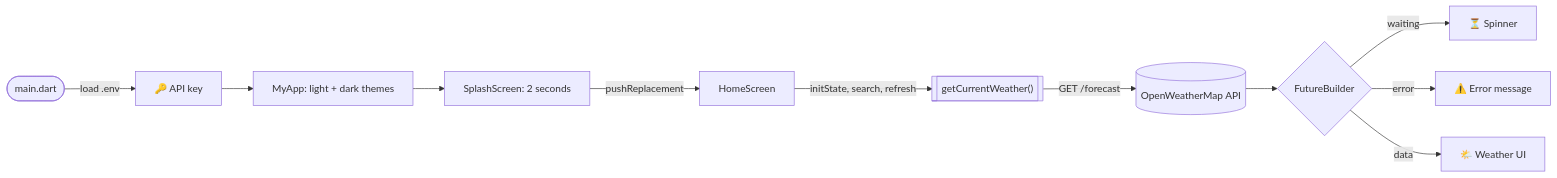
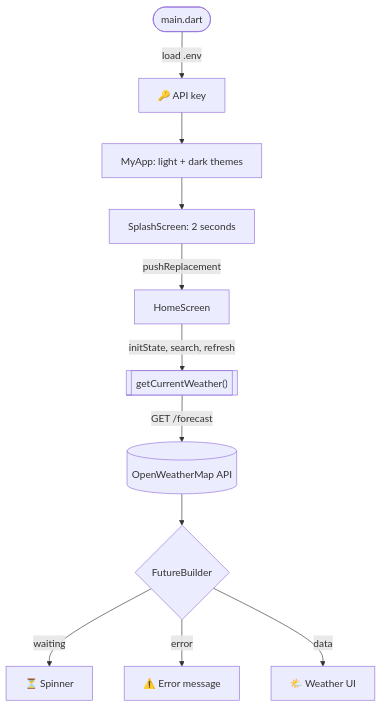
One commit to RafayAijaz/Weather-App changed the first of 2 diagrams in README.md. Above: the diagram before and after it, drawn with Mermaid.

Commit message:
Make app flow diagram vertical for readability

````diff
--- a/README.md
+++ b/README.md
@@ -89,13 +89,13 @@
 ```mermaid
-flowchart LR
+flowchart TD
     A(["main.dart"]) -->|"load .env"| B["🔑 API key"]
     B --> C["MyApp: light + dark themes"]
     C --> D["SplashScreen: 2 seconds"]
     D -->|"pushReplacement"| E["HomeScreen"]
     E -->|"initState, search, refresh"| F[["getCurrentWeather()"]]
     F -->|"GET /forecast"| G[("OpenWeatherMap API")]
     G --> H{"FutureBuilder"}
     H -->|"waiting"| I["⏳ Spinner"]
     H -->|"error"| J["⚠️ Error message"]
     H -->|"data"| K["🌤️ Weather UI"]
 ```
````
